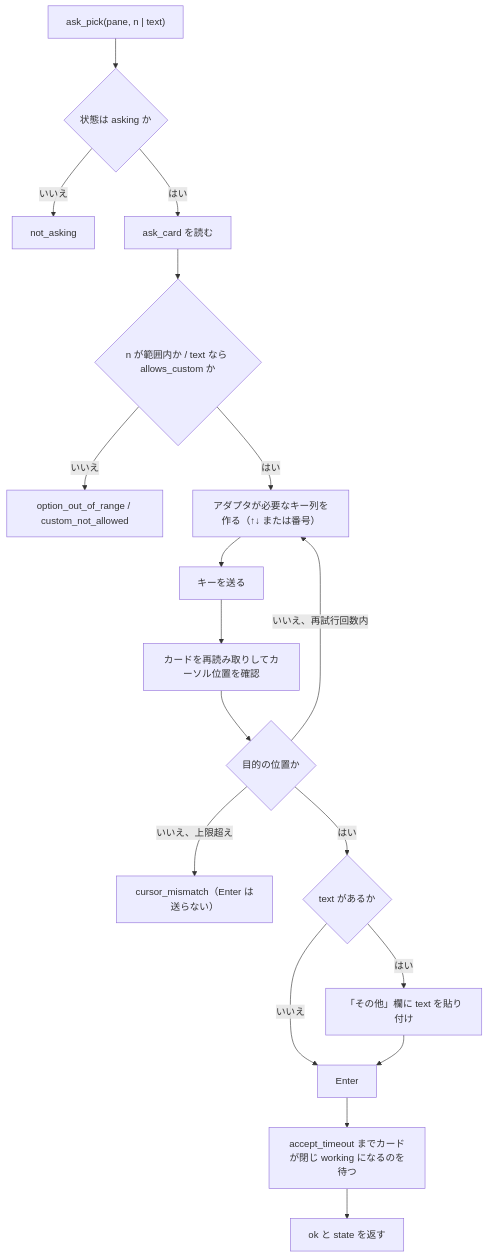
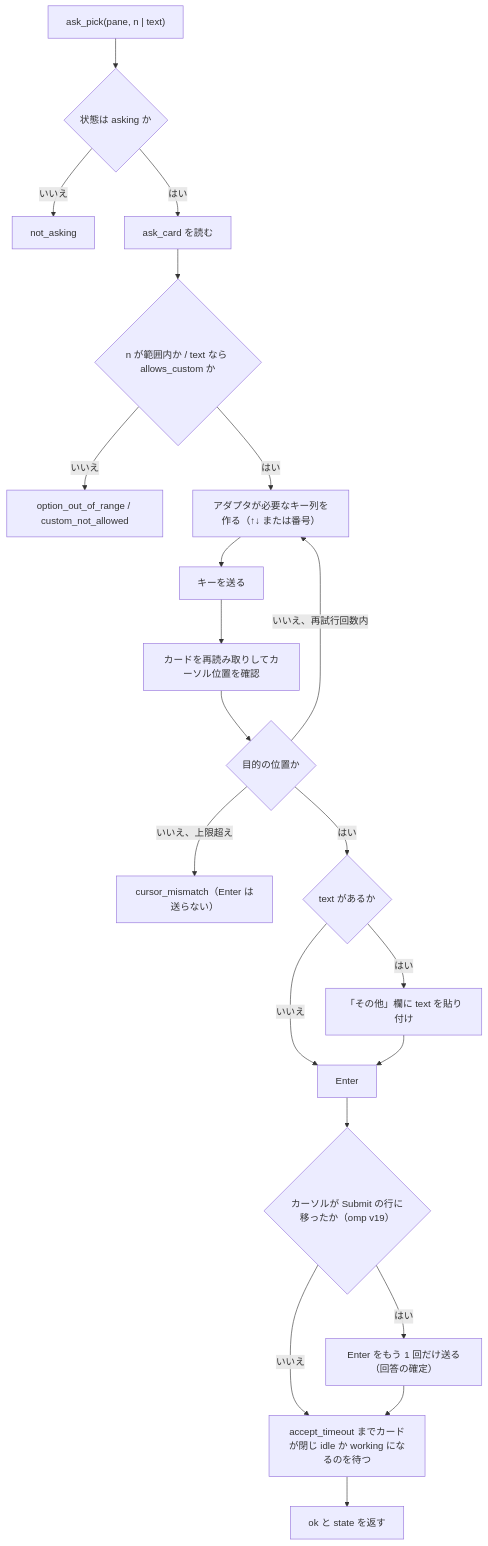
The diagram in docs/requirements/functional-report.md (ousiassllc/swarm-console), drawn with Mermaid before and after one commit. The commit also changed other lines of this file and 14 other files, not shown here.

````diff
--- a/docs/requirements/functional-report.md
+++ b/docs/requirements/functional-report.md
@@ -124,20 +124,23 @@
 ```mermaid
 flowchart TD
     A["ask_pick(pane, n | text)"] --> B{"状態は asking か"}
     B -- いいえ --> E1["not_asking"]
     B -- はい --> C["ask_card を読む"]
     C --> D{"n が範囲内か / text なら allows_custom か"}
     D -- いいえ --> E2["option_out_of_range / custom_not_allowed"]
     D -- はい --> F["アダプタが必要なキー列を作る（↑↓ または番号）"]
     F --> G["キーを送る"]
     G --> H["カードを再読み取りしてカーソル位置を確認"]
     H --> I{"目的の位置か"}
     I -- いいえ、再試行回数内 --> F
     I -- いいえ、上限超え --> E3["cursor_mismatch（Enter は送らない）"]
     I -- はい --> J{"text があるか"}
     J -- はい --> K["「その他」欄に text を貼り付け"]
     J -- いいえ --> L["Enter"]
     K --> L
-    L --> M["accept_timeout までカードが閉じ working になるのを待つ"]
+    L --> L2{"カーソルが Submit の行に移ったか（omp v19）"}
+    L2 -- はい --> L3["Enter をもう 1 回だけ送る（回答の確定）"]
+    L2 -- いいえ --> M["accept_timeout までカードが閉じ idle か working になるのを待つ"]
+    L3 --> M
     M --> N["ok と state を返す"]
 ```
````
